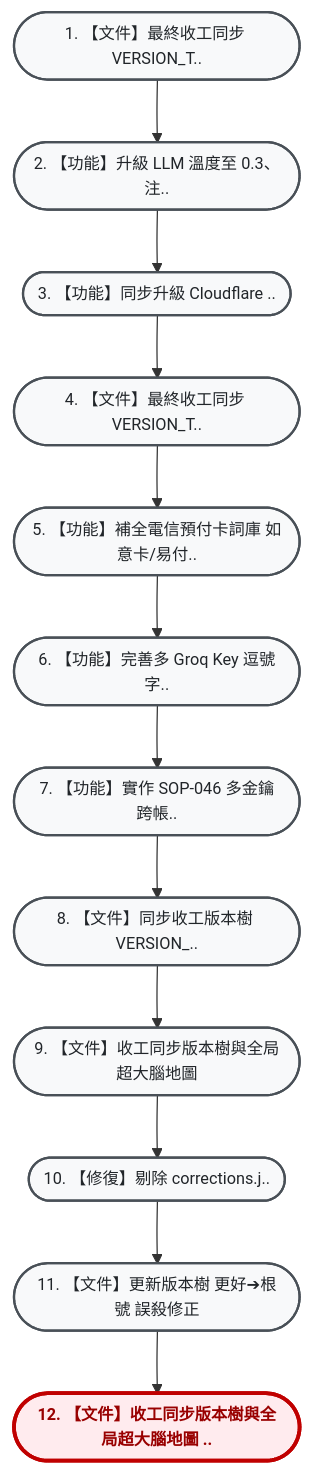
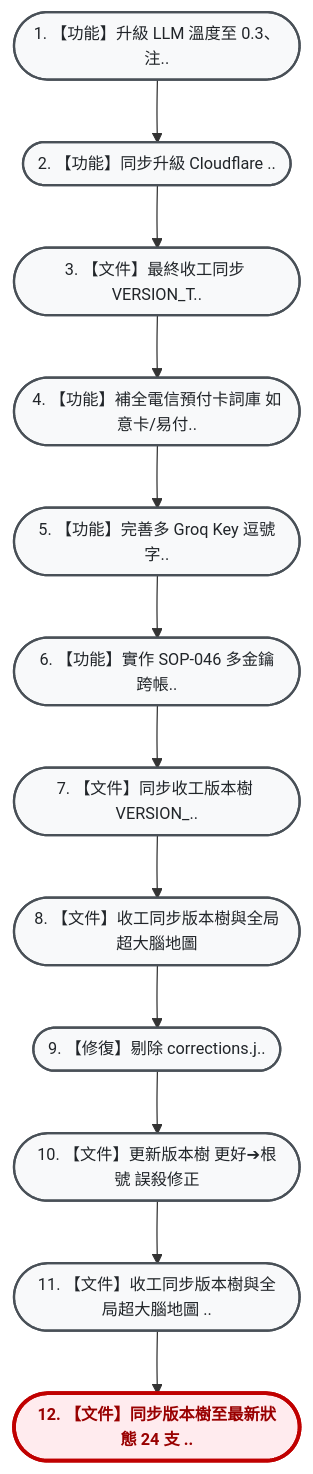
Before and after one commit to hjen8/NoType-Scribe: the diagram in VERSION_TREE.md, drawn with Mermaid. The commit also changed other lines of this file, not shown here.

Commit message:
【文件】最終收工同步 VERSION_TREE.md (HEAD -> a3811e6)

````diff
--- a/VERSION_TREE.md
+++ b/VERSION_TREE.md
@@ -13,32 +13,32 @@
 ```mermaid
 flowchart TD
     %% 雙壁版本樹專用視覺化配色風格 (由上而下 TD 垂直大字純中文版)
     classDef default fill:#f8f9fa,stroke:#495057,stroke-width:1.8px,color:#212529,font-size:13px;
     classDef current fill:#ffebee,stroke:#c00000,stroke-width:3px,color:#900,font-weight:bold,font-size:13px;
     classDef mergeNode fill:#e3f2fd,stroke:#1565c0,stroke-width:2px,color:#0d47a1,font-size:13px;
     classDef detour fill:#fff3e0,stroke:#e65100,stroke-width:2px,color:#b78103,font-size:13px;
     classDef transplant fill:#f3e5f5,stroke:#4a148c,stroke-width:2.5px,color:#4a148c,font-weight:bold,font-size:13px;
-    n_5fb84f1(["1. 【文件】最終收工同步 VERSION_T.."]):::default
-    n_d768dea(["2. 【功能】升級 LLM 溫度至 0.3、注.."]):::default
-    n_3c6dba7(["3. 【功能】同步升級 Cloudflare .."]):::default
-    n_bbc9770(["4. 【文件】最終收工同步 VERSION_T.."]):::default
-    n_7440da6(["5. 【功能】補全電信預付卡詞庫 如意卡/易付.."]):::default
-    n_4cc62de(["6. 【功能】完善多 Groq Key 逗號字.."]):::default
-    n_7373595(["7. 【功能】實作 SOP-046 多金鑰跨帳.."]):::default
-    n_c38586c(["8. 【文件】同步收工版本樹 VERSION_.."]):::default
-    n_bc83599(["9. 【文件】收工同步版本樹與全局超大腦地圖"]):::default
-    n_209af02(["10. 【修復】剔除 corrections.j.."]):::default
-    n_dc9d613(["11. 【文件】更新版本樹 更好➔根號 誤殺修正"]):::default
-    n_297e9ec(["12. 【文件】收工同步版本樹與全局超大腦地圖 .."]):::current
-    n_5fb84f1 --> n_d768dea
+    n_d768dea(["1. 【功能】升級 LLM 溫度至 0.3、注.."]):::default
+    n_3c6dba7(["2. 【功能】同步升級 Cloudflare .."]):::default
+    n_bbc9770(["3. 【文件】最終收工同步 VERSION_T.."]):::default
+    n_7440da6(["4. 【功能】補全電信預付卡詞庫 如意卡/易付.."]):::default
+    n_4cc62de(["5. 【功能】完善多 Groq Key 逗號字.."]):::default
+    n_7373595(["6. 【功能】實作 SOP-046 多金鑰跨帳.."]):::default
+    n_c38586c(["7. 【文件】同步收工版本樹 VERSION_.."]):::default
+    n_bc83599(["8. 【文件】收工同步版本樹與全局超大腦地圖"]):::default
+    n_209af02(["9. 【修復】剔除 corrections.j.."]):::default
+    n_dc9d613(["10. 【文件】更新版本樹 更好➔根號 誤殺修正"]):::default
+    n_297e9ec(["11. 【文件】收工同步版本樹與全局超大腦地圖 .."]):::default
+    n_a3811e6(["12. 【文件】同步版本樹至最新狀態 24 支 .."]):::current
     n_d768dea --> n_3c6dba7
     n_3c6dba7 --> n_bbc9770
     n_bbc9770 --> n_7440da6
     n_7440da6 --> n_4cc62de
     n_4cc62de --> n_7373595
     n_7373595 --> n_c38586c
     n_c38586c --> n_bc83599
     n_bc83599 --> n_209af02
     n_209af02 --> n_dc9d613
     n_dc9d613 --> n_297e9ec
+    n_297e9ec --> n_a3811e6
 ```
````
